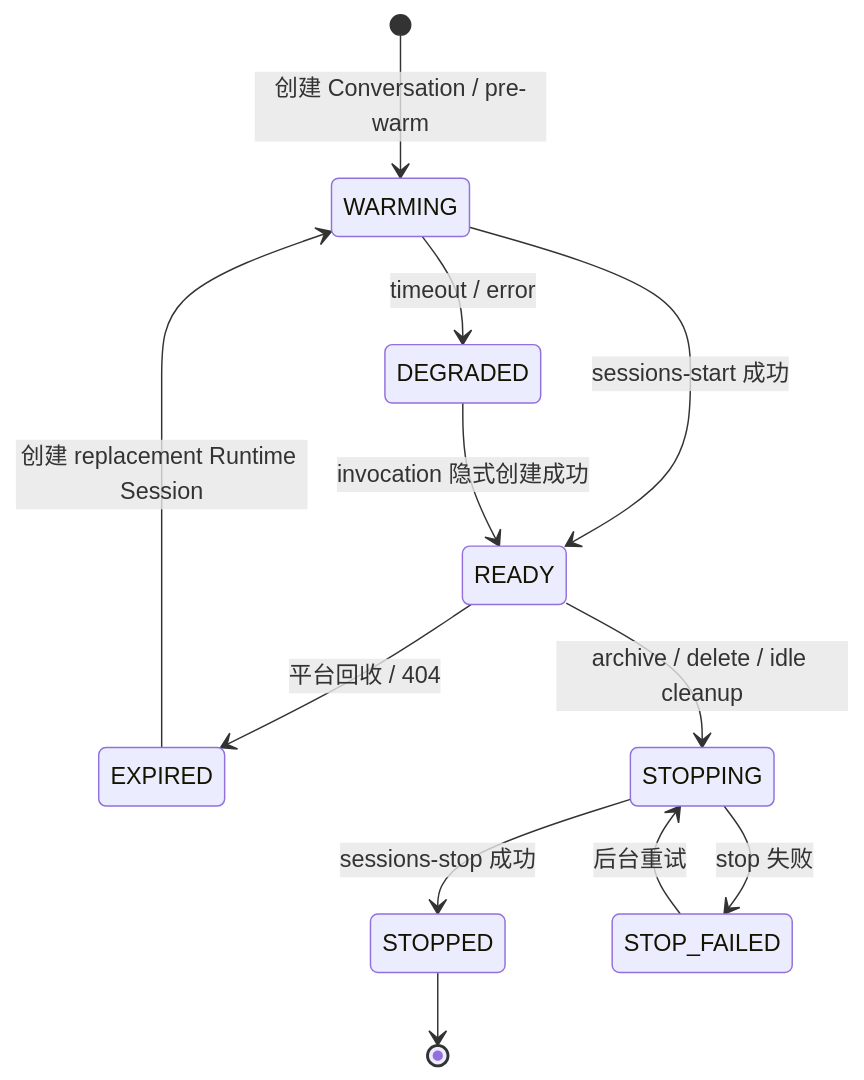
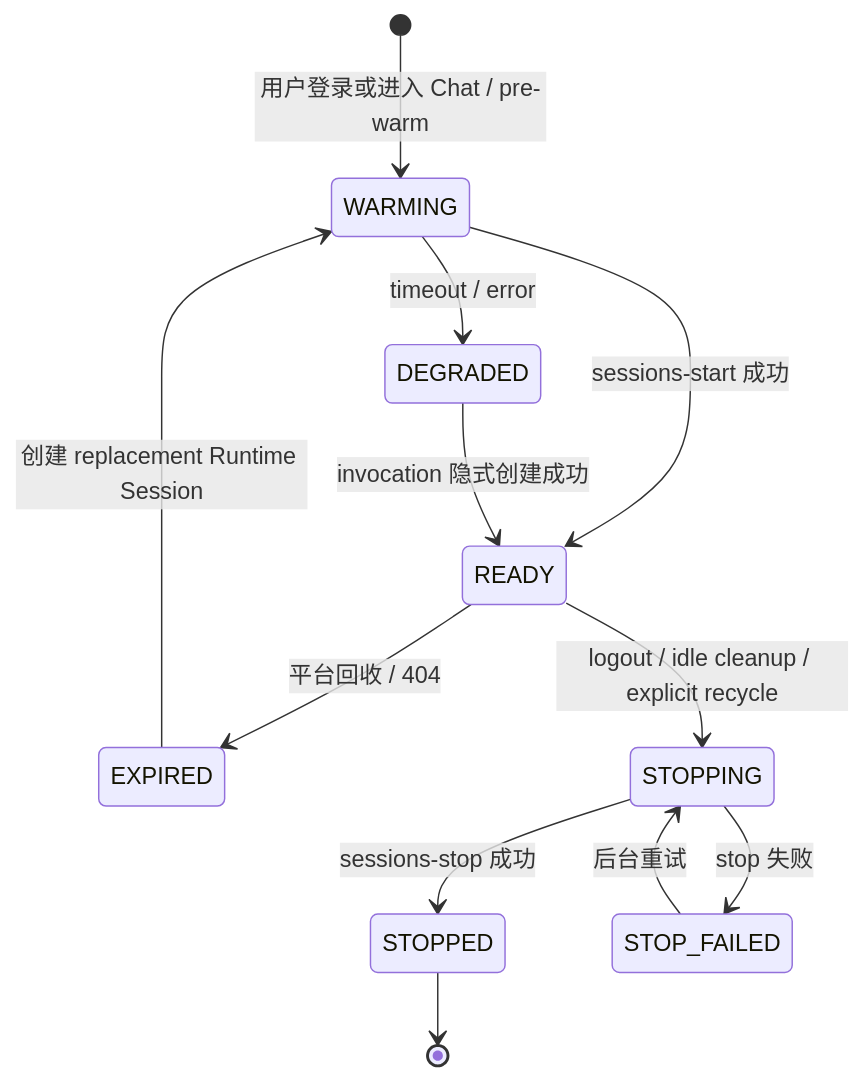
One commit to T-1009/personal-assistant changed the fifth of 7 diagrams in personal-assistant-meta/issues/features/backlog/feature-14-multi-session-runtime-prewarm/issue.md. Above: the diagram before and after it, drawn with Mermaid. The commit also changed other lines of this file and 18 other files, not shown here.

````diff
--- a/personal-assistant-meta/issues/features/backlog/feature-14-multi-session-runtime-prewarm/issue.md
+++ b/personal-assistant-meta/issues/features/backlog/feature-14-multi-session-runtime-prewarm/issue.md
@@ -328,14 +352,14 @@
 ```mermaid
 stateDiagram-v2
-    [*] --> WARMING: 创建 Conversation / pre-warm
+    [*] --> WARMING: 用户登录或进入 Chat / pre-warm
     WARMING --> READY: sessions-start 成功
     WARMING --> DEGRADED: timeout / error
     DEGRADED --> READY: invocation 隐式创建成功
     READY --> EXPIRED: 平台回收 / 404
     EXPIRED --> WARMING: 创建 replacement Runtime Session
-    READY --> STOPPING: archive / delete / idle cleanup
+    READY --> STOPPING: logout / idle cleanup / explicit recycle
     STOPPING --> STOPPED: sessions-stop 成功
     STOPPING --> STOP_FAILED: stop 失败
     STOP_FAILED --> STOPPING: 后台重试
     STOPPED --> [*]
 ```
````
